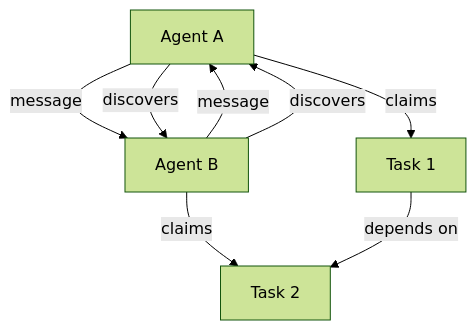
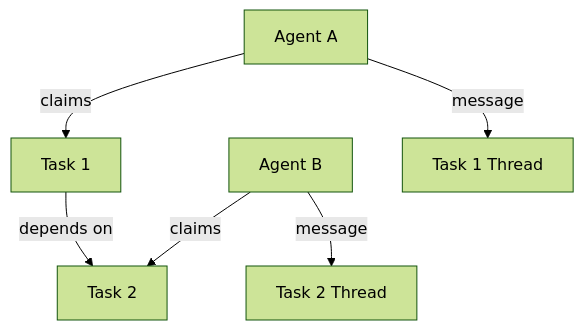
Before and after one commit to ThomasRohde/lodestar: the first of 4 diagrams in docs/guides/agent-coordination.md, drawn with Mermaid (forest theme). The commit also changed other lines of this file and 8 other files, not shown here.

````diff
--- a/docs/guides/agent-coordination.md
+++ b/docs/guides/agent-coordination.md
@@ -7,10 +7,8 @@
 ```mermaid
 graph TD
     A1[Agent A] --> |claims| T1[Task 1]
     A2[Agent B] --> |claims| T2[Task 2]
-    A1 --> |message| A2
-    A2 --> |message| A1
+    A1 --> |message| TT1[Task 1 Thread]
+    A2 --> |message| TT2[Task 2 Thread]
     T1 --> |depends on| T2
-    A1 --> |discovers| A2
-    A2 --> |discovers| A1
 ```
````
